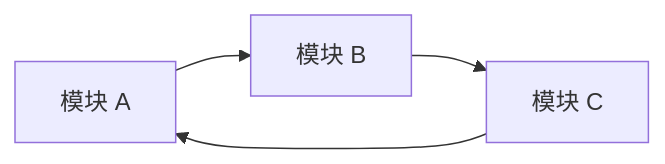
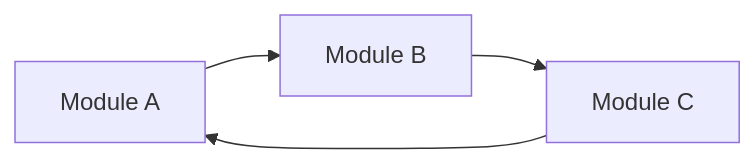
The second of 4 diagrams in references/architecture/dependency-analysis.md (Kirky-X/diting), drawn with Mermaid before and after one commit. The commit also changed other lines of this file and 78 other files, not shown here.

````diff
--- a/references/architecture/dependency-analysis.md
+++ b/references/architecture/dependency-analysis.md
@@ -62,6 +62,6 @@
 ```mermaid
 flowchart LR
-    A["模块 A"] --> B["模块 B"]
-    B --> C["模块 C"]
+    A["Module A"] --> B["Module B"]
+    B --> C["Module C"]
     C --> A
 ```
````
